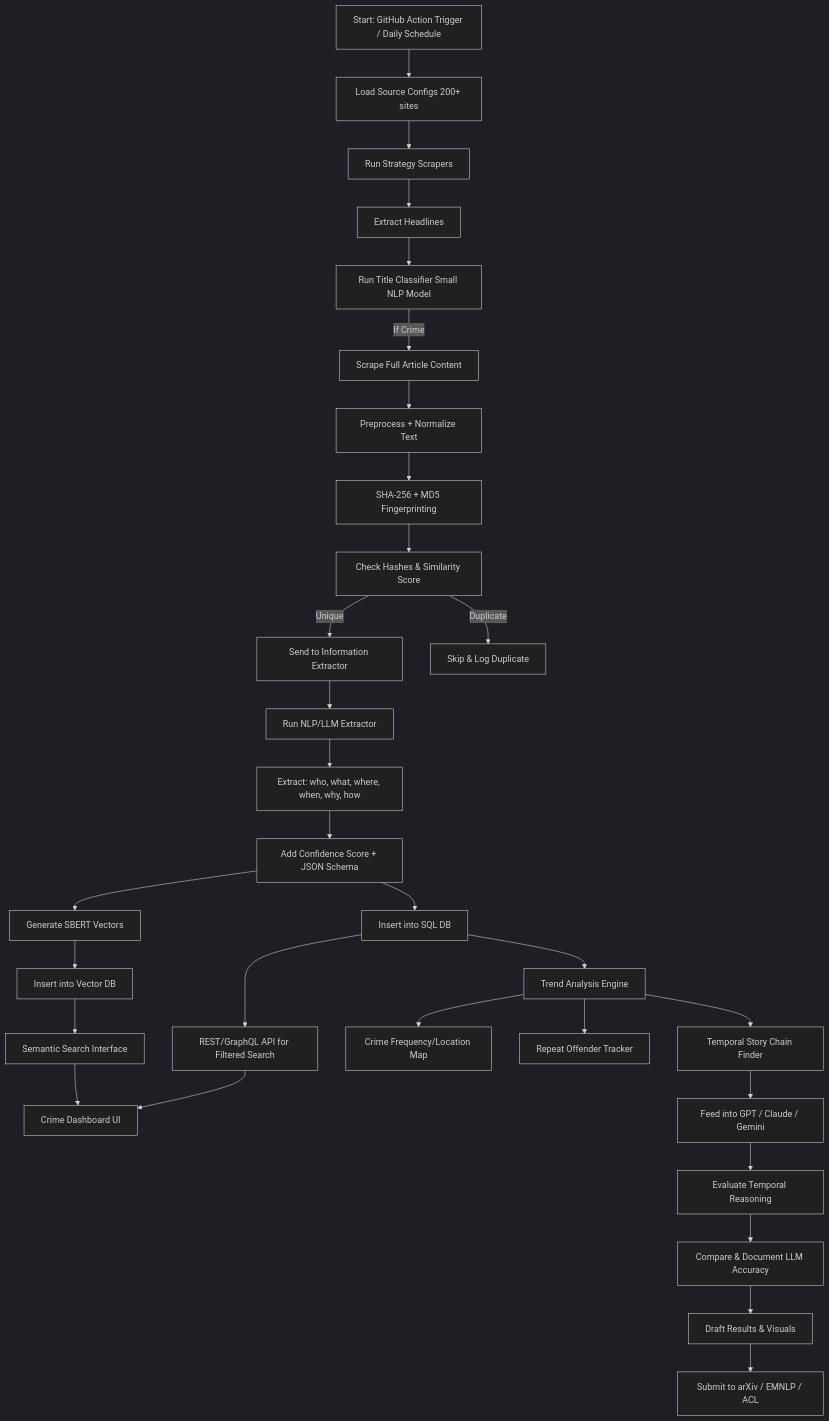
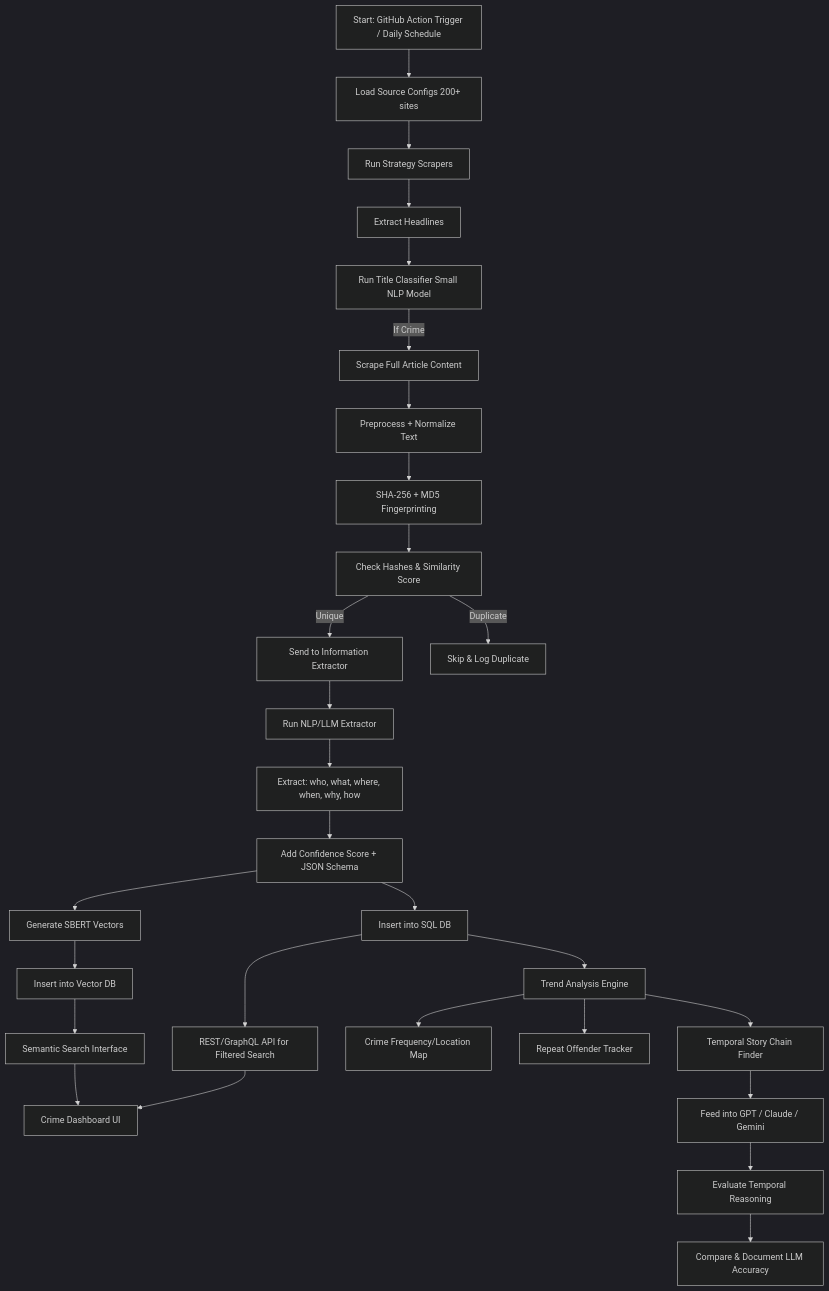
Before and after one commit to sakhadib/CRIMENET-Global-Crime-Intelligence-Engine: the diagram in README.md, drawn with Mermaid (dark theme).

````diff
--- a/README.md
+++ b/README.md
@@ -39,52 +39,48 @@
 ```mermaid
 graph TD
 
 %% ⏱ GitHub Actions Automation
 A[Start: GitHub Action Trigger / Daily Schedule] --> B1[Load Source Configs 200+ sites]
 
 %% 🧱 Strategy-based Scraping
 B1 --> B2[Run Strategy Scrapers] --> B3[Extract Headlines]
 
 %% 🧠 Title Classification
 B3 --> C1[Run Title Classifier Small NLP Model]
 C1 -->|If Crime| D1[Scrape Full Article Content]
 
 %% 🔁 Deduplication
 D1 --> E1[Preprocess + Normalize Text]
 E1 --> E2[SHA-256 + MD5 Fingerprinting]
 E2 --> E3[Check Hashes & Similarity Score]
 E3 -->|Unique| F1[Send to Information Extractor]
 E3 -->|Duplicate| X1[Skip & Log Duplicate]
 
 %% 🧠 Information Extraction
 F1 --> F2[Run NLP/LLM Extractor]
 F2 --> F3[Extract: who, what, where, when, why, how]
 F3 --> F4[Add Confidence Score + JSON Schema]
 
 %% 💾 Storage Layer
 F4 --> G1[Insert into SQL DB]
 F4 --> G2[Generate SBERT Vectors]
 G2 --> G3[Insert into Vector DB]
 
 %% 🔍 API and UI Interface
 G1 --> H1[REST/GraphQL API for Filtered Search]
 G3 --> H2[Semantic Search Interface]
 H1 --> I1[Crime Dashboard UI]
 H2 --> I1
 
 %% 📊 Analytics Engine
 G1 --> J1[Trend Analysis Engine]
 J1 --> J2[Crime Frequency/Location Map]
 J1 --> J3[Repeat Offender Tracker]
 J1 --> J4[Temporal Story Chain Finder]
 
 %% 🧪 LLM Benchmarking
 J4 --> K1[Feed into GPT / Claude / Gemini]
 K1 --> K2[Evaluate Temporal Reasoning]
 K2 --> K3[Compare & Document LLM Accuracy]
 
-%% 📄 Research Paper Phase
-K3 --> L1[Draft Results & Visuals]
-L1 --> L2[Submit to arXiv / EMNLP / ACL]
-
 ```
````
